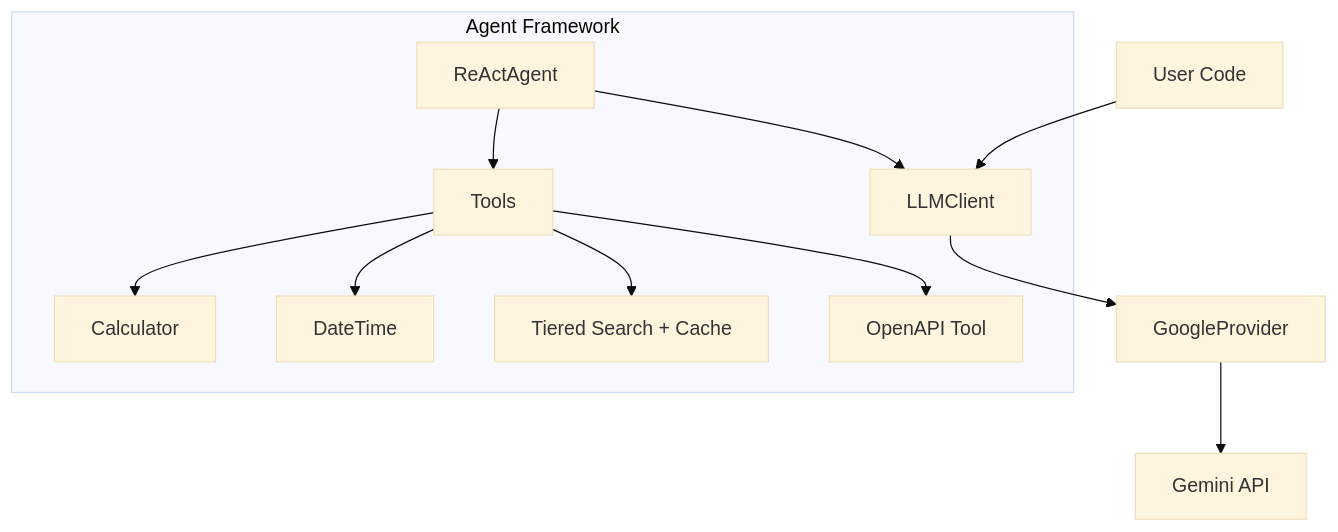
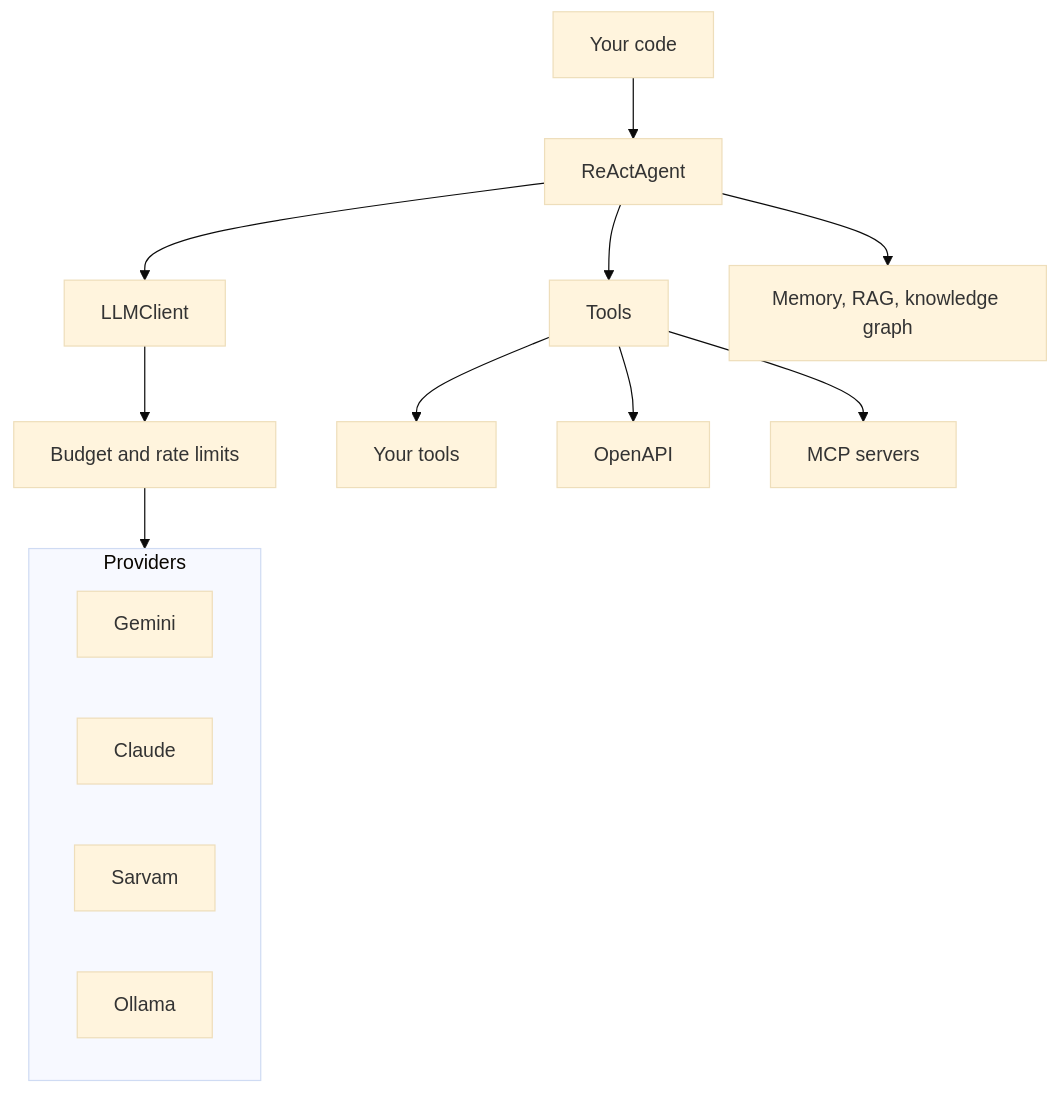
The diagram in ai-agent4j/wiki/Home.md (srijithunni7182/llm4j), drawn with Mermaid (base theme) before and after one commit. The commit also changed other lines of this file and 6 other files, not shown here.

````diff
--- a/ai-agent4j/wiki/Home.md
+++ b/ai-agent4j/wiki/Home.md
@@ -72,15 +104,18 @@
 ```mermaid
 graph TD
-    User[User Code] --> Client[LLMClient]
-    Client --> Provider[GoogleProvider]
-    Provider --> API[Gemini API]
-    
-    subgraph "Agent Framework"
-    Agent[ReActAgent] --> Client
+    User[Your code] --> Agent[ReActAgent]
+    Agent --> Client[LLMClient]
+    Client --> Budget[Budget and rate limits]
+    Budget --> Providers
+    subgraph Providers
+    G[Gemini]
+    A[Claude]
+    S[Sarvam]
+    O[Ollama]
+    end
     Agent --> Tools[Tools]
-    Tools --> Calc[Calculator]
-    Tools --> Time[DateTime]
-    Tools --> Search[Tiered Search + Cache]
-    Tools --> OpenAPI[OpenAPI Tool]
-    end
+    Tools --> Own[Your tools]
+    Tools --> OpenAPI[OpenAPI]
+    Tools --> MCP[MCP servers]
+    Agent --> Mem[Memory, RAG, knowledge graph]
 ```
````
